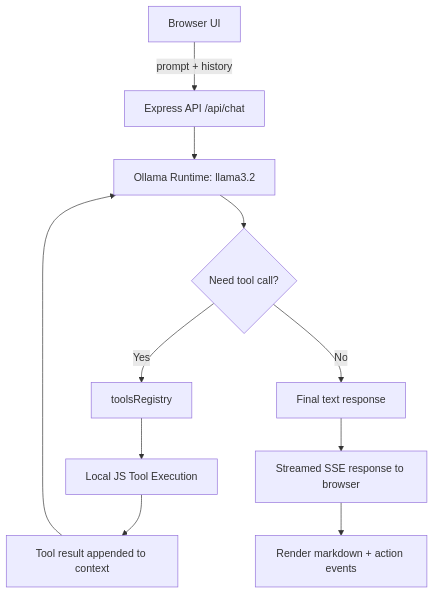
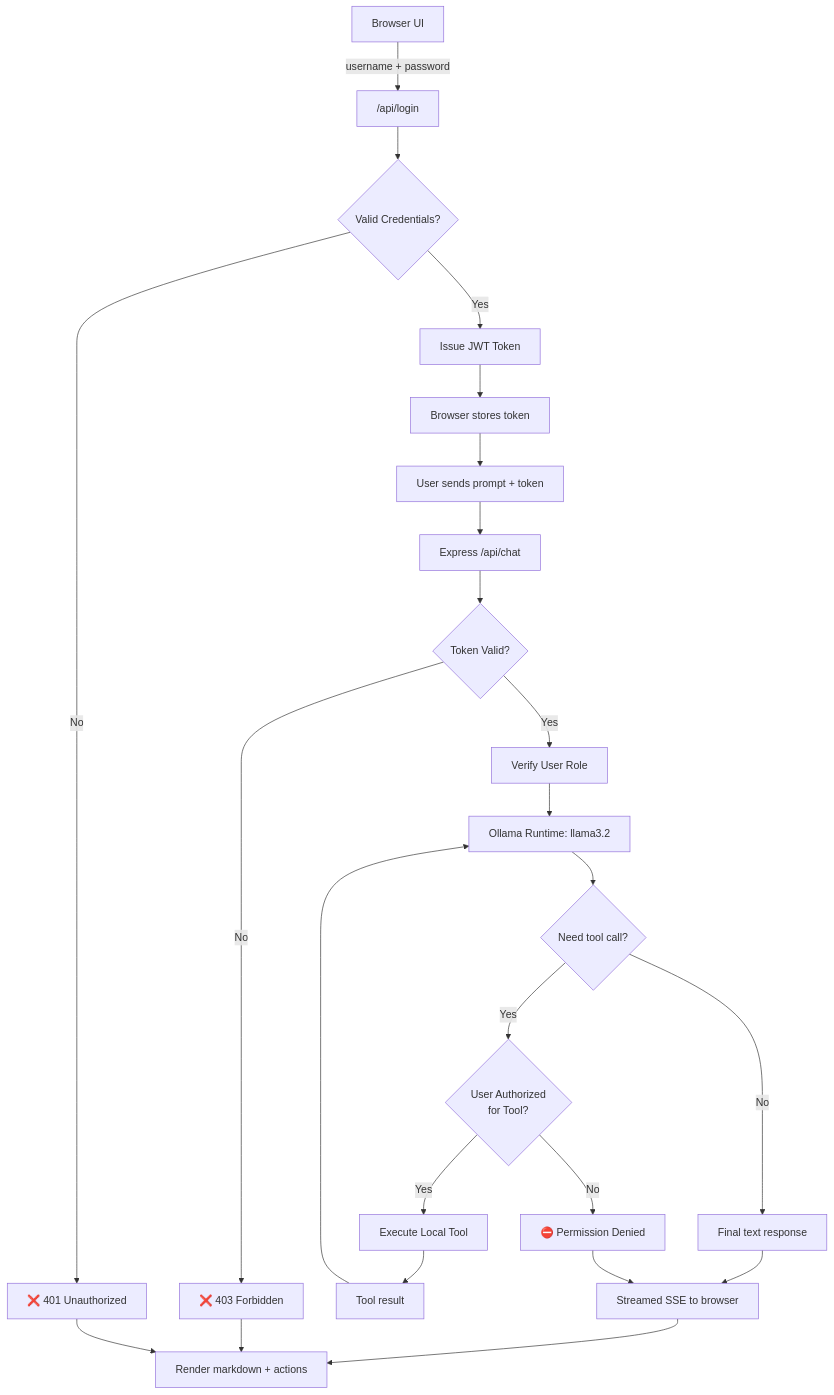
The diagram in README.md (TechSivaram/node-ai-agent), drawn with Mermaid before and after one commit. The commit also changed other lines of this file and 2 other files, not shown here.

````diff
--- a/README.md
+++ b/README.md
@@ -124,13 +270,26 @@
 ```mermaid
 flowchart TD
-    A[Browser UI] -->|prompt + history| B[Express API /api/chat]
-    B --> C[Ollama Runtime: llama3.2]
-    C --> D{Need tool call?}
-    D -->|Yes| E[toolsRegistry]
-    E --> F[Local JS Tool Execution]
-    F --> G[Tool result appended to context]
-    G --> C
-    D -->|No| H[Final text response]
-    H --> I[Streamed SSE response to browser]
-    I --> J[Render markdown + action events]
+    A[Browser UI] -->|username + password| B["/api/login"]
+    B --> C{Valid Credentials?}
+    C -->|No| D[❌ 401 Unauthorized]
+    C -->|Yes| E[Issue JWT Token]
+    E --> F[Browser stores token]
+    F --> G[User sends prompt + token]
+    G --> H[Express /api/chat]
+    H --> I{Token Valid?}
+    I -->|No| J[❌ 403 Forbidden]
+    I -->|Yes| K[Verify User Role]
+    K --> L[Ollama Runtime: llama3.2]
+    L --> M{Need tool call?}
+    M -->|Yes| N{User Authorized<br/>for Tool?}
+    N -->|No| O[⛔ Permission Denied]
+    N -->|Yes| P[Execute Local Tool]
+    P --> Q[Tool result]
+    Q --> L
+    M -->|No| R[Final text response]
+    R --> S[Streamed SSE to browser]
+    S --> T[Render markdown + actions]
+    O --> S
+    J --> T
+    D --> T
 ```
````
